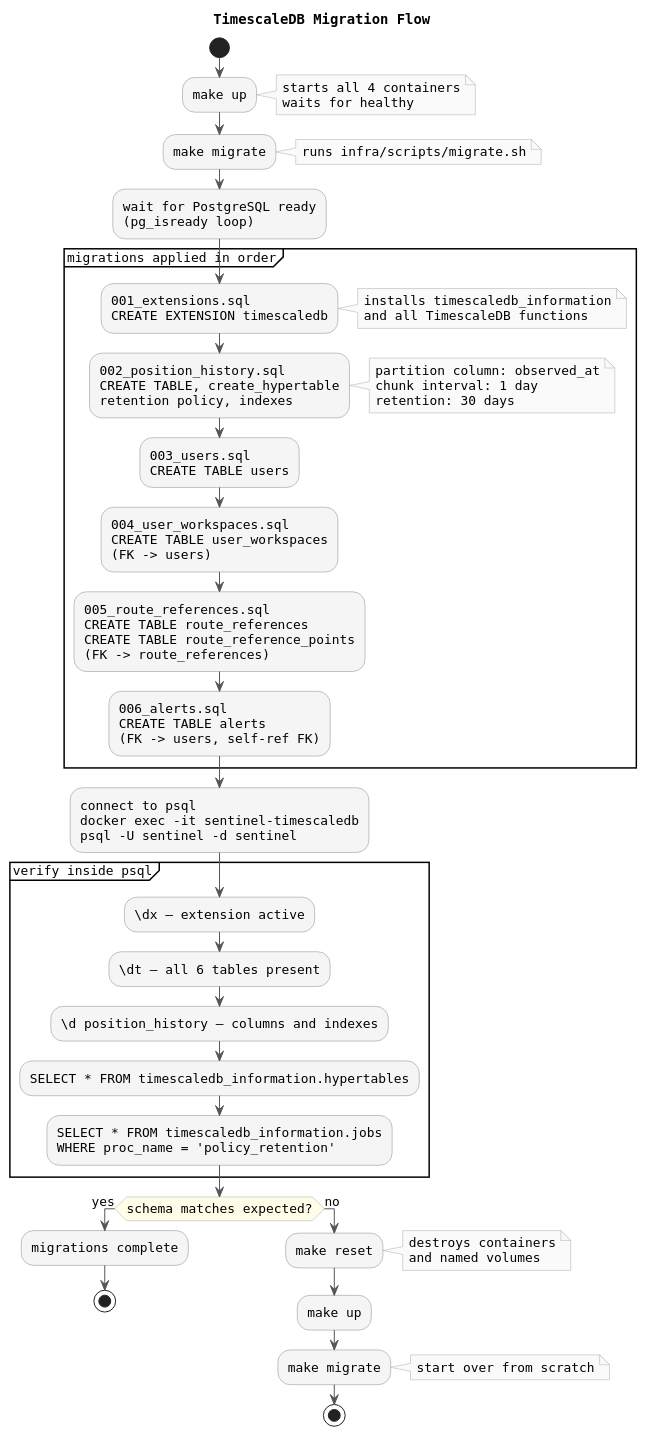
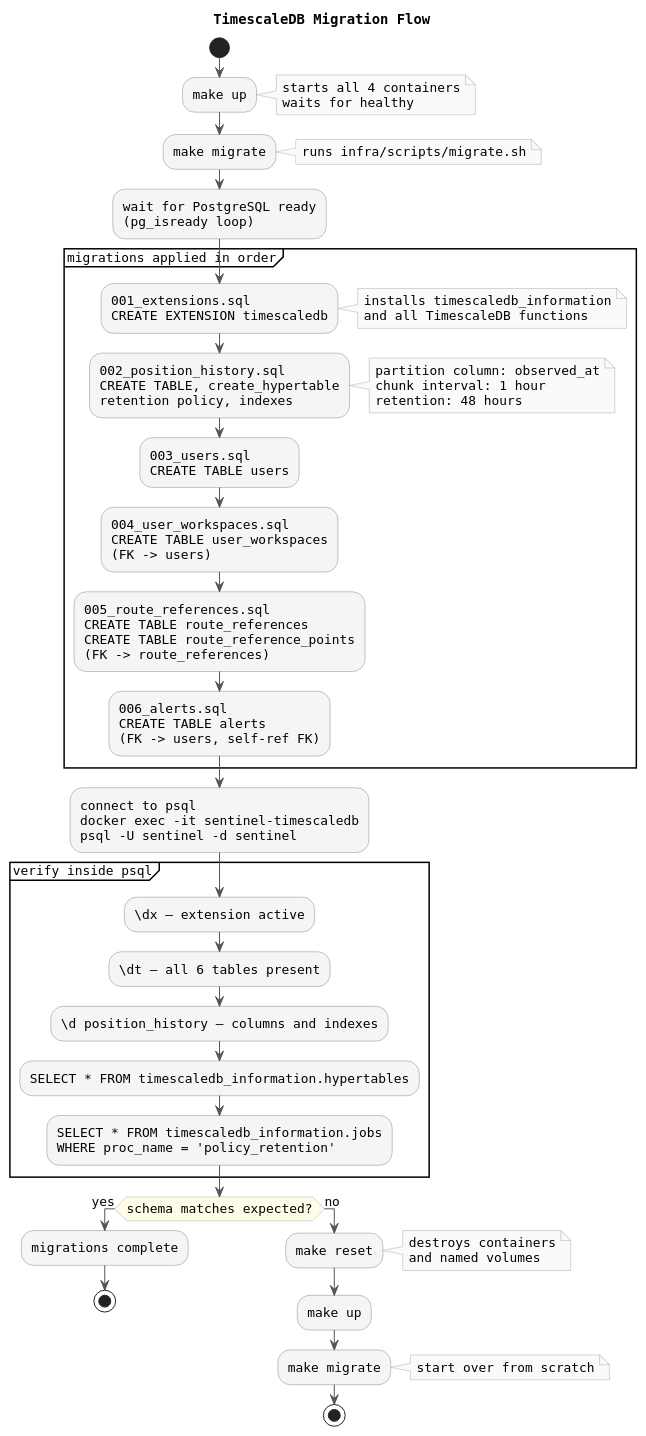
One commit to Buffden/sentinel changed the diagram in docs/implementation/phase-01-infrastructure/concepts/migration-flow.puml. Above: the diagram before and after it, drawn with PlantUML. The commit also changed 10 other files, not shown here.

```diff
--- a/docs/implementation/phase-01-infrastructure/concepts/migration-flow.puml
+++ b/docs/implementation/phase-01-infrastructure/concepts/migration-flow.puml
@@ -1,63 +1,63 @@
 @startuml cp-02-migration-flow
 title TimescaleDB Migration Flow
 
 skinparam linetype ortho
 skinparam defaultFontName Monospaced
 skinparam defaultFontSize 13
 skinparam ArrowColor #555555
 skinparam ActivityBackgroundColor #F5F5F5
 skinparam ActivityBorderColor #888888
 skinparam ActivityDiamondBackgroundColor #FFFDE7
 skinparam ActivityDiamondBorderColor #AAAAAA
 skinparam NoteBackgroundColor #FAFAFA
 skinparam NoteBorderColor #AAAAAA
 
 start
 
 :make up;
 note right: starts all 4 containers\nwaits for healthy
 
 :make migrate;
 note right: runs infra/scripts/migrate.sh
 
 :wait for PostgreSQL ready\n(pg_isready loop);
 
 partition "migrations applied in order" {
   :001_extensions.sql\nCREATE EXTENSION timescaledb;
   note right: installs timescaledb_information\nand all TimescaleDB functions
 
   :002_position_history.sql\nCREATE TABLE, create_hypertable\nretention policy, indexes;
-  note right: partition column: observed_at\nchunk interval: 1 day\nretention: 30 days
+  note right: partition column: observed_at\nchunk interval: 1 hour\nretention: 48 hours
 
   :003_users.sql\nCREATE TABLE users;
 
   :004_user_workspaces.sql\nCREATE TABLE user_workspaces\n(FK -> users);
 
   :005_route_references.sql\nCREATE TABLE route_references\nCREATE TABLE route_reference_points\n(FK -> route_references);
 
   :006_alerts.sql\nCREATE TABLE alerts\n(FK -> users, self-ref FK);
 }
 
 :connect to psql\ndocker exec -it sentinel-timescaledb\npsql -U sentinel -d sentinel;
 
 partition "verify inside psql" {
   :\\dx — extension active;
   :\\dt — all 6 tables present;
   :\\d position_history — columns and indexes;
   :SELECT * FROM timescaledb_information.hypertables;
   :SELECT * FROM timescaledb_information.jobs\nWHERE proc_name = 'policy_retention';
 }
 
 if (schema matches expected?) then (yes)
   :migrations complete;
   stop
 else (no)
   :make reset;
   note right: destroys containers\nand named volumes
   :make up;
   :make migrate;
   note right: start over from scratch
   stop
 endif
 
 @enduml
```
